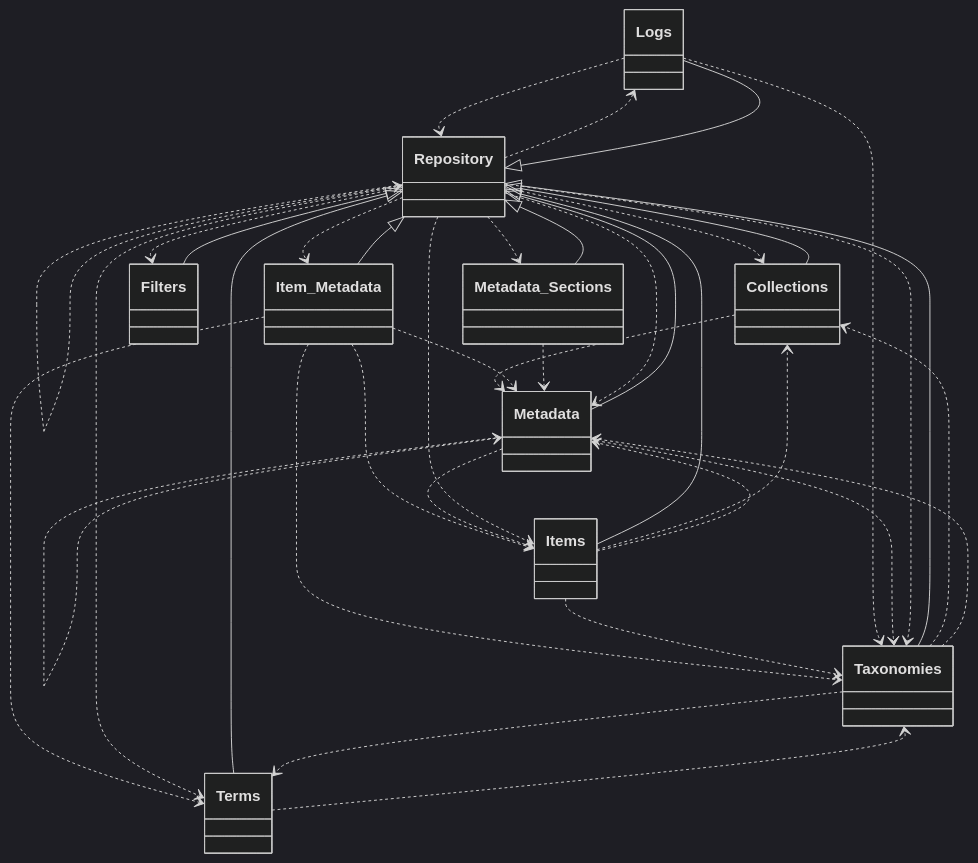
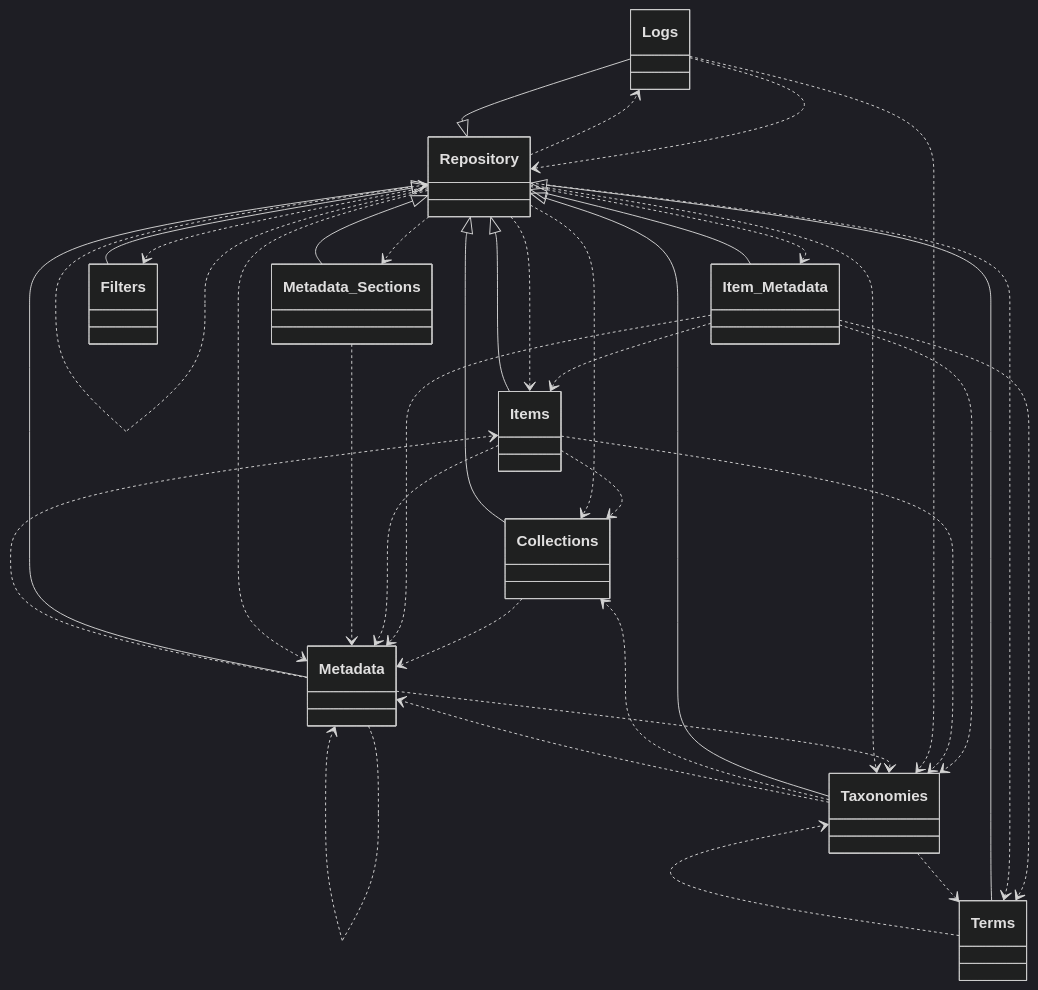
Before and after one commit to tainacan/tainacan: diagram 12 of 13 in docs/phpdoc/Home.md, drawn with Mermaid (dark theme). The commit also changed other lines of this file and 97 other files, not shown here.

````diff
--- a/docs/phpdoc/Home.md
+++ b/docs/phpdoc/Home.md
@@ -688,52 +688,52 @@
 ```mermaid
 classDiagram
     direction TB
-    class Collections { }
-    class Terms { }
-    class Metadata_Sections { }
-    class Logs { }
     class Item_Metadata { }
     class Logs { }
+    class Metadata_Sections { }
+    class Metadata { }
+    class Logs { }
+    class Repository { }
     class Taxonomies { }
-    class Metadata { }
-    class Repository { }
     class Items { }
+    class Collections { }
     class Filters { }
+    class Terms { }
     Collections ..> Metadata
     Item_Metadata ..> Items
     Item_Metadata ..> Metadata
     Item_Metadata ..> Taxonomies
     Item_Metadata ..> Terms
     Items ..> Collections
     Items ..> Metadata
     Items ..> Taxonomies
     Logs ..> Repository
     Logs ..> Taxonomies
     Metadata ..> Items
     Metadata ..> Metadata
     Metadata ..> Taxonomies
     Metadata_Sections ..> Metadata
     Repository ..> Collections
     Repository ..> Filters
     Repository ..> Item_Metadata
     Repository ..> Items
     Repository ..> Logs
     Repository ..> Metadata
     Repository ..> Metadata_Sections
     Repository ..> Repository
     Repository ..> Taxonomies
     Repository ..> Terms
     Repository <|-- Collections
     Repository <|-- Filters
     Repository <|-- Item_Metadata
     Repository <|-- Items
     Repository <|-- Logs
     Repository <|-- Metadata
     Repository <|-- Metadata_Sections
     Repository <|-- Taxonomies
     Repository <|-- Terms
     Taxonomies ..> Collections
     Taxonomies ..> Metadata
     Taxonomies ..> Terms
     Terms ..> Taxonomies
 ```
````
